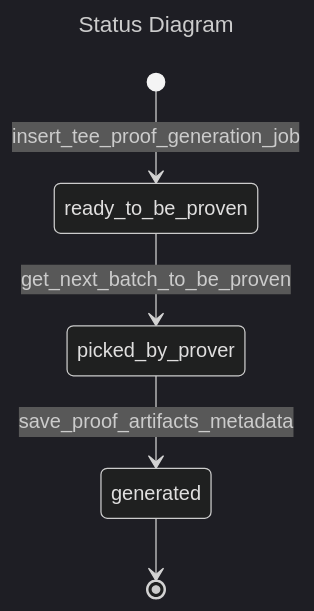
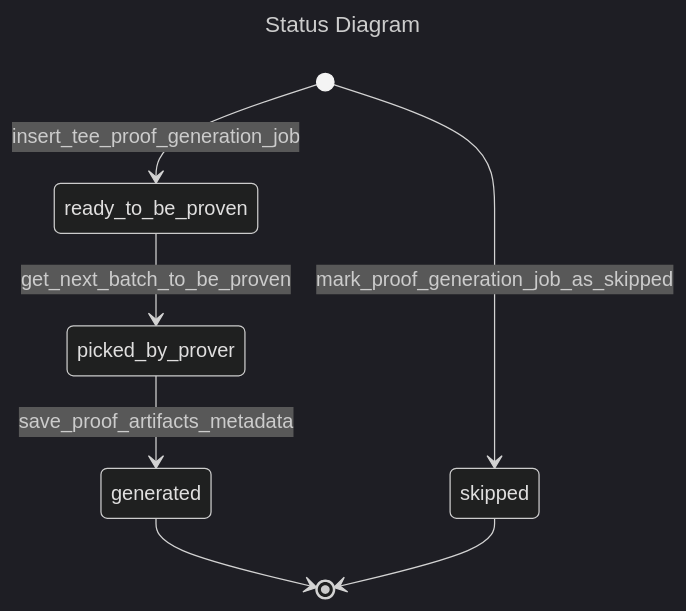
Before and after one commit to matter-labs/zksync-era: the diagram in core/lib/dal/doc/TeeProofGenerationDal.md, drawn with Mermaid (dark theme). The commit also changed 4 other files, not shown here.

````diff
--- a/core/lib/dal/doc/TeeProofGenerationDal.md
+++ b/core/lib/dal/doc/TeeProofGenerationDal.md
@@ -9,11 +9,14 @@
 ```mermaid
 ---
 title: Status Diagram
 ---
 stateDiagram-v2
 [*] --> ready_to_be_proven : insert_tee_proof_generation_job
 ready_to_be_proven --> picked_by_prover : get_next_batch_to_be_proven
 picked_by_prover --> generated : save_proof_artifacts_metadata
 generated --> [*]
 
+[*] --> skipped : mark_proof_generation_job_as_skipped
+skipped --> [*]
+
 ```
````
